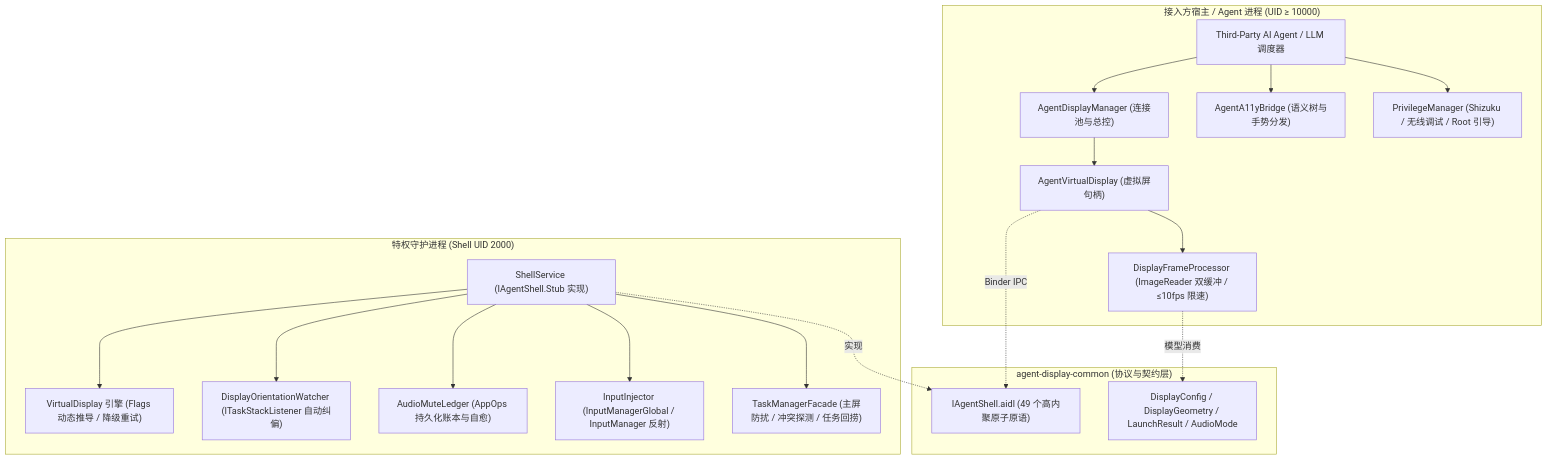
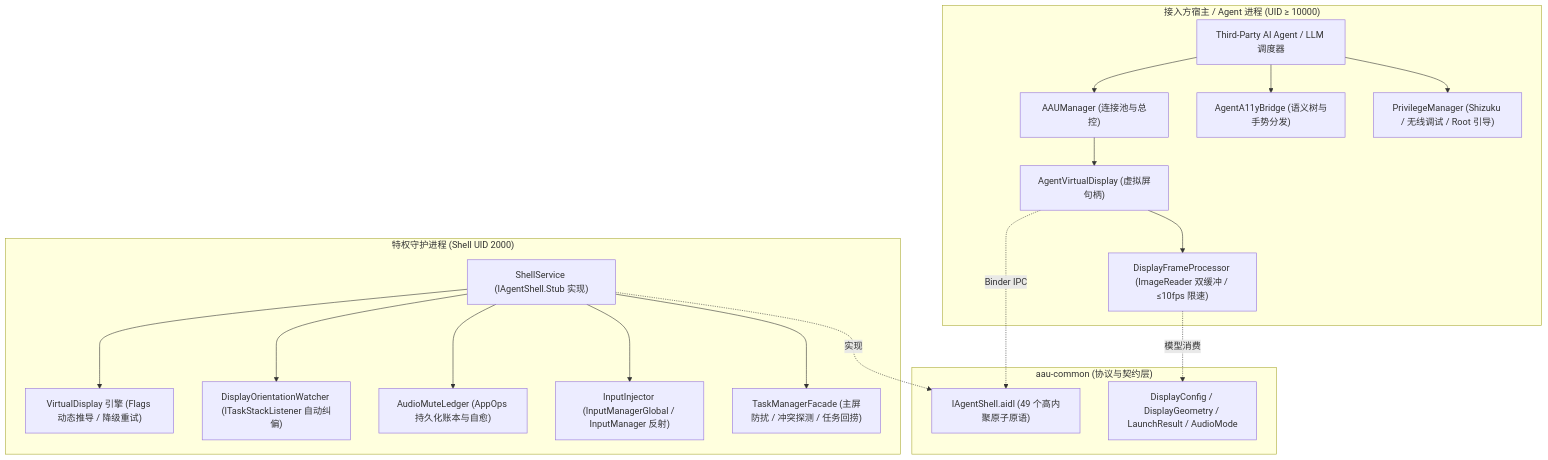
One commit to orz-i/Android-Agent-Use changed the diagram in README.md. Above: the diagram before and after it, drawn with Mermaid. The commit also changed other lines of this file and 3 other files, not shown here.

````diff
--- a/README.md
+++ b/README.md
@@ -62,41 +62,41 @@
 ```mermaid
 flowchart TD
     subgraph ClientProcess["接入方宿主 / Agent 进程 (UID ≥ 10000)"]
         Consumer["Third-Party AI Agent / LLM 调度器"]
-        Manager["AgentDisplayManager (连接池与总控)"]
+        Manager["AAUManager (连接池与总控)"]
         Display["AgentVirtualDisplay (虚拟屏句柄)"]
         Pipeline["DisplayFrameProcessor (ImageReader 双缓冲 / ≤10fps 限速)"]
         A11y["AgentA11yBridge (语义树与手势分发)"]
         Setup["PrivilegeManager (Shizuku / 无线调试 / Root 引导)"]
         
         Consumer --> Manager
         Consumer --> A11y
         Consumer --> Setup
         Manager --> Display
         Display --> Pipeline
     end
 
-    subgraph CommonLayer["agent-display-common (协议与契约层)"]
+    subgraph CommonLayer["aau-common (协议与契约层)"]
         AIDL["IAgentShell.aidl (49 个高内聚原子原语)"]
         Models["DisplayConfig / DisplayGeometry / LaunchResult / AudioMode"]
     end
 
     subgraph DaemonProcess["特权守护进程 (Shell UID 2000)"]
         Server["ShellService (IAgentShell.Stub 实现)"]
         VD["VirtualDisplay 引擎 (Flags 动态推导 / 降级重试)"]
         Rotation["DisplayOrientationWatcher (ITaskStackListener 自动纠偏)"]
         Audio["AudioMuteLedger (AppOps 持久化账本与自愈)"]
         Input["InputInjector (InputManagerGlobal / InputManager 反射)"]
         TaskManager["TaskManagerFacade (主屏防扰 / 冲突探测 / 任务回捞)"]
 
         Server --> VD
         Server --> Rotation
         Server --> Audio
         Server --> Input
         Server --> TaskManager
     end
 
     Display -.->|Binder IPC| AIDL
     Server -.->|实现| AIDL
     Pipeline -.->|模型消费| Models
 ```
````
